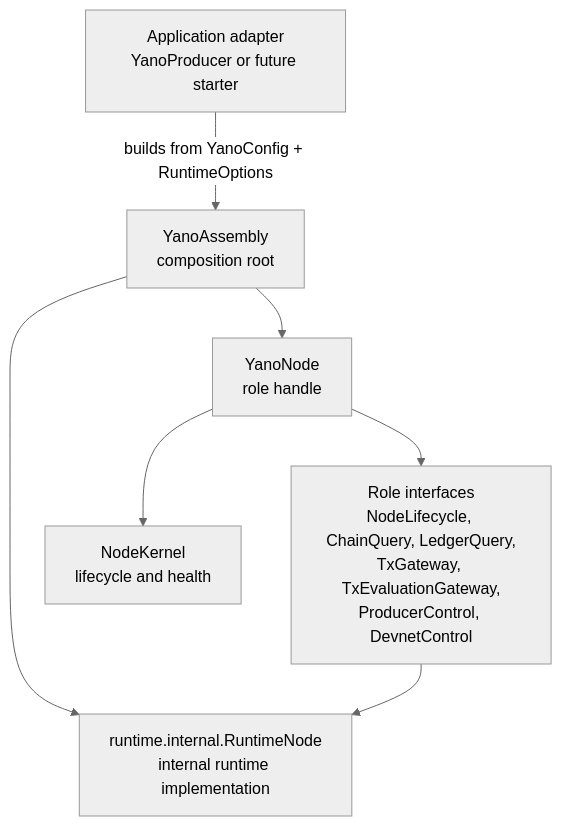
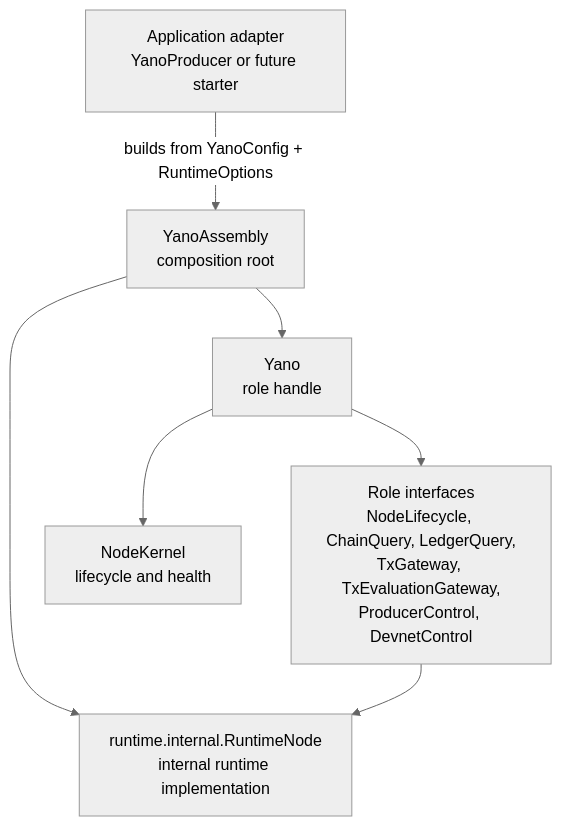
One commit to bloxbean/yano changed the second of 5 diagrams in adr/in-progress/028-runtime-decomposition-high-level-design.md. Above: the diagram before and after it, drawn with Mermaid (neutral theme). The commit also changed other lines of this file and 20 other files, not shown here.

Commit message:
Rename YanoNode handle to Yano

````diff
--- a/adr/in-progress/028-runtime-decomposition-high-level-design.md
+++ b/adr/in-progress/028-runtime-decomposition-high-level-design.md
@@ -28,16 +28,16 @@
 ```mermaid
 flowchart TB
     Adapter["Application adapter\nYanoProducer or future starter"]
     Assembly["YanoAssembly\ncomposition root"]
-    Node["YanoNode\nrole handle"]
+    Node["Yano\nrole handle"]
     Runtime["runtime.internal.RuntimeNode\ninternal runtime implementation"]
     Kernel["NodeKernel\nlifecycle and health"]
     Roles["Role interfaces\nNodeLifecycle, ChainQuery, LedgerQuery,\nTxGateway, TxEvaluationGateway,\nProducerControl, DevnetControl"]
 
     Adapter -->|builds from YanoConfig + RuntimeOptions| Assembly
     Assembly --> Runtime
     Assembly --> Node
     Node --> Kernel
     Node --> Roles
     Roles --> Runtime
 ```
````
